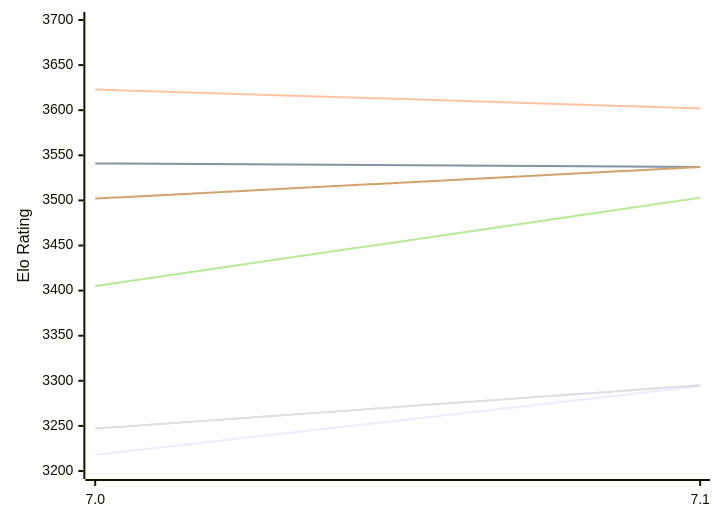
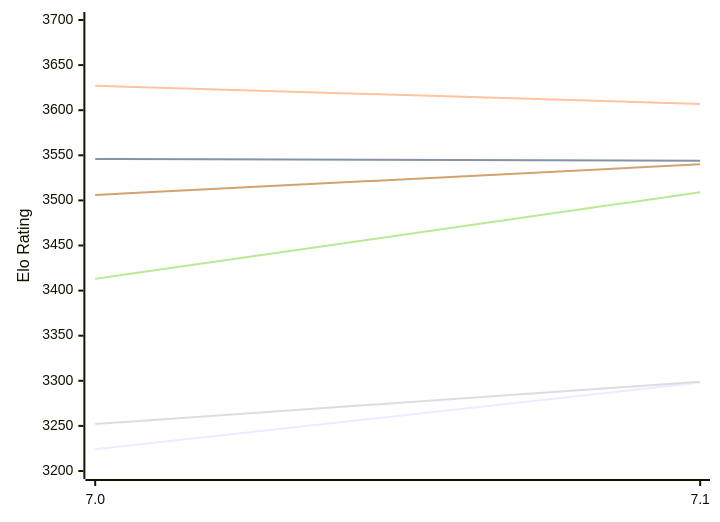
One commit to computer-chess-index/cci changed the first of 2 diagrams in engines/PZChessBot.md. Above: the diagram before and after it, drawn with Mermaid. The commit also changed other lines of this file, not shown here.

Commit message:
Update CCI Ratings (ELO VLTC) - 2026-11-20

````diff
--- a/engines/PZChessBot.md
+++ b/engines/PZChessBot.md
@@ -53,12 +53,12 @@
 ```mermaid
 %%{init: {"theme":"base","themeVariables":{"seriesColors:['#a3a3a3','#222221','#faa371']}}}%%
 xychart-beta
   x-axis ["7.0", "7.1"]
   y-axis "Elo Rating" 3200 --> 3700
-  line "E1: STC (8.0+0.08s)" [3218, 3294]
-  line "E1: LTC (60.0+0.60s)" [3541, 3537]
-  line "E1: VLTC (2m24s+1.12s)" [3623, 3602]
-  line "P1: STC (8.0+0.08s)" [3247, 3295]
-  line "P1: LTC (60.0+0.60s)" [3405, 3503]
-  line "P1: VLTC (2m24s+1.12s)" [3502, 3537]
+  line "E1: STC (8.0+0.08s)" [3224, 3298]
+  line "E1: LTC (60.0+0.60s)" [3546, 3544]
+  line "E1: VLTC (2m24s+1.12s)" [3627, 3607]
+  line "P1: STC (8.0+0.08s)" [3252, 3299]
+  line "P1: LTC (60.0+0.60s)" [3413, 3509]
+  line "P1: VLTC (2m24s+1.12s)" [3506, 3540]
 ```
````
